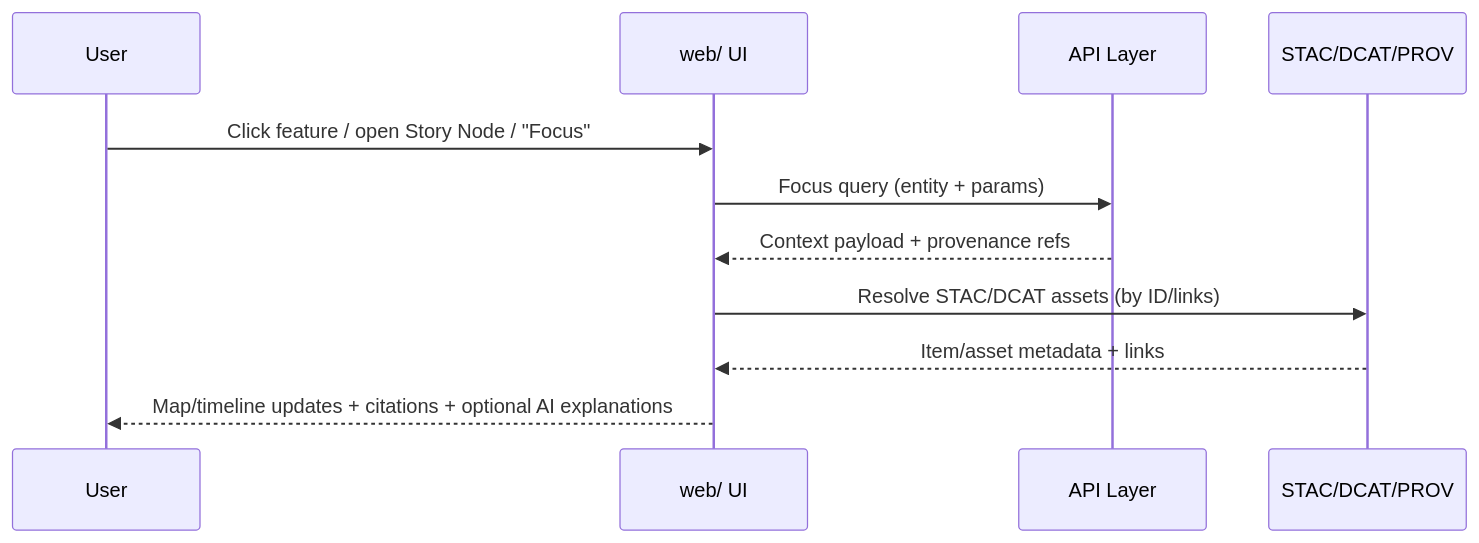
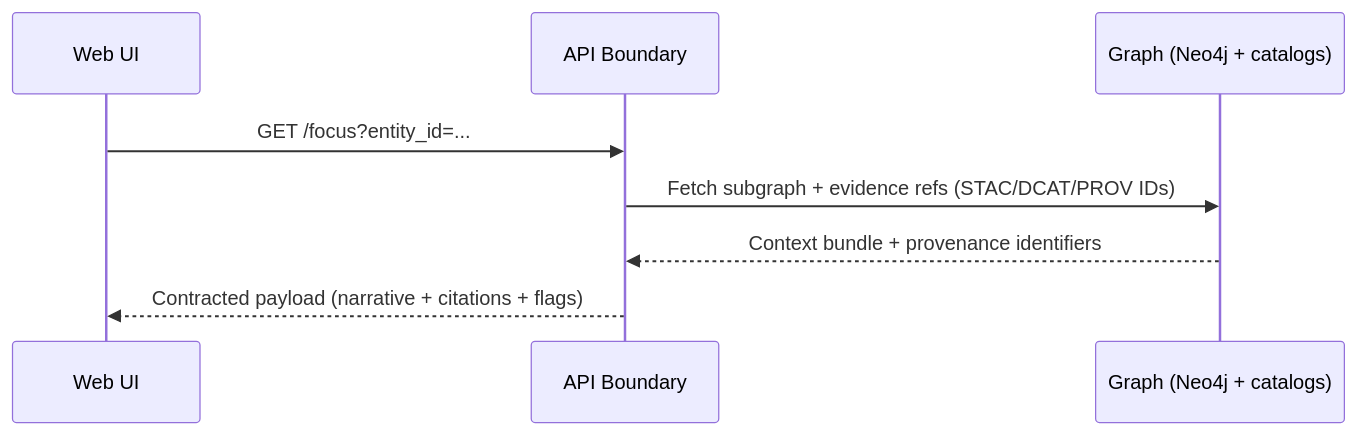
One commit to bartytime4life/Kansas-Frontier-Matrix changed the second of 2 diagrams in web/README.md. Above: the diagram before and after it, drawn with Mermaid. The commit also changed other lines of this file, not shown here.

```diff
--- a/web/README.md
+++ b/web/README.md
@@ -144,13 +185,11 @@
 ~~~mermaid
 sequenceDiagram
-  participant User
-  participant Web as web/ UI
-  participant API as API Layer
-  participant Cat as STAC/DCAT/PROV
-  User->>Web: Click feature / open Story Node / "Focus"
-  Web->>API: Focus query (entity + params)
-  API-->>Web: Context payload + provenance refs
-  Web->>Cat: Resolve STAC/DCAT assets (by ID/links)
-  Cat-->>Web: Item/asset metadata + links
-  Web-->>User: Map/timeline updates + citations + optional AI explanations
+  participant UI as Web UI
+  participant API as API Boundary
+  participant Graph as Graph (Neo4j + catalogs)
+
+  UI->>API: GET /focus?entity_id=...
+  API->>Graph: Fetch subgraph + evidence refs (STAC/DCAT/PROV IDs)
+  Graph-->>API: Context bundle + provenance identifiers
+  API-->>UI: Contracted payload (narrative + citations + flags)
 ~~~
```
